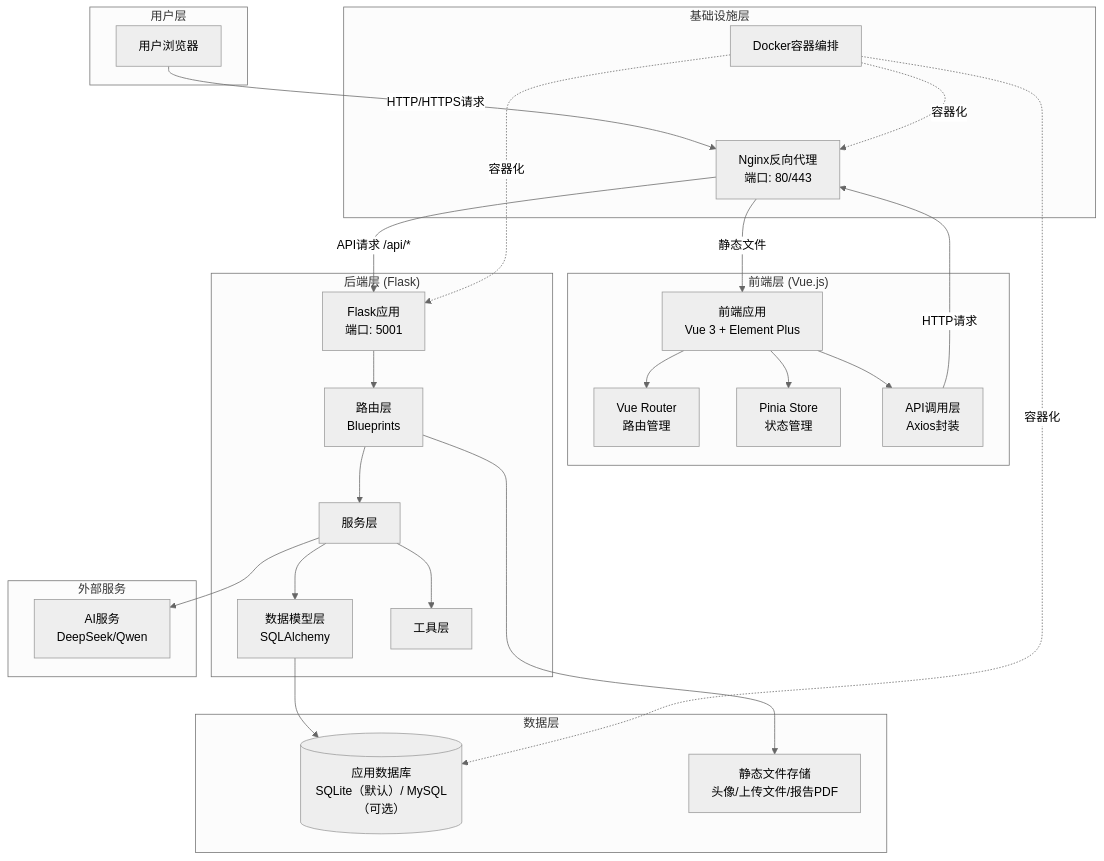
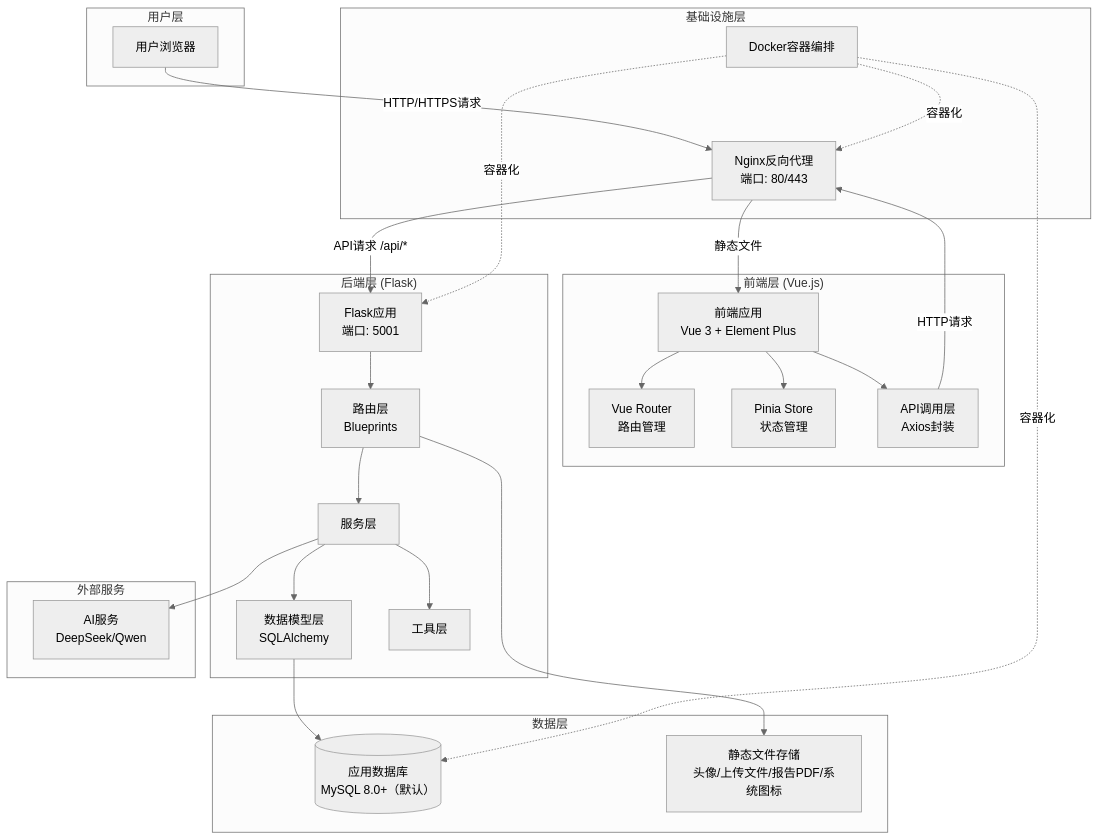
Before and after one commit to junyiPayne/-: the first of 8 diagrams in 项目结构图.md, drawn with Mermaid (neutral theme). The commit also changed other lines of this file and 82 other files, not shown here.

````diff
--- a/项目结构图.md
+++ b/项目结构图.md
@@ -5,56 +5,56 @@
 ```mermaid
 graph TB
     subgraph UserLayer["用户层"]
         User["用户浏览器"]
     end
     
     subgraph InfraLayer["基础设施层"]
         Nginx["Nginx反向代理<br/>端口: 80/443"]
         Docker["Docker容器编排"]
     end
     
     subgraph FrontendLayer["前端层 (Vue.js)"]
         Frontend["前端应用<br/>Vue 3 + Element Plus"]
         Router["Vue Router<br/>路由管理"]
         Store["Pinia Store<br/>状态管理"]
         API["API调用层<br/>Axios封装"]
     end
     
     subgraph BackendLayer["后端层 (Flask)"]
         Flask["Flask应用<br/>端口: 5001"]
         Routes["路由层<br/>Blueprints"]
         Services["服务层"]
         Models["数据模型层<br/>SQLAlchemy"]
         Utils["工具层"]
     end
     
     subgraph DataLayer["数据层"]
-        DB[("应用数据库<br/>SQLite（默认）/ MySQL（可选）")]
-        Static["静态文件存储<br/>头像/上传文件/报告PDF"]
+        DB[("应用数据库<br/>MySQL 8.0+（默认）")]
+        Static["静态文件存储<br/>头像/上传文件/报告PDF/系统图标"]
     end
     
     subgraph ExternalLayer["外部服务"]
         AIService["AI服务<br/>DeepSeek/Qwen"]
     end
     
     User -->|"HTTP/HTTPS请求"| Nginx
     Nginx -->|"静态文件"| Frontend
     Nginx -->|"API请求 /api/*"| Flask
     
     Frontend --> Router
     Frontend --> Store
     Frontend --> API
     API -->|"HTTP请求"| Nginx
     
     Flask --> Routes
     Routes --> Services
     Services --> Models
     Services --> Utils
     Services --> AIService
     Models --> DB
     Routes --> Static
     
     Docker -.->|"容器化"| Nginx
     Docker -.->|"容器化"| Flask
     Docker -.->|"容器化"| DB
 ```
````
